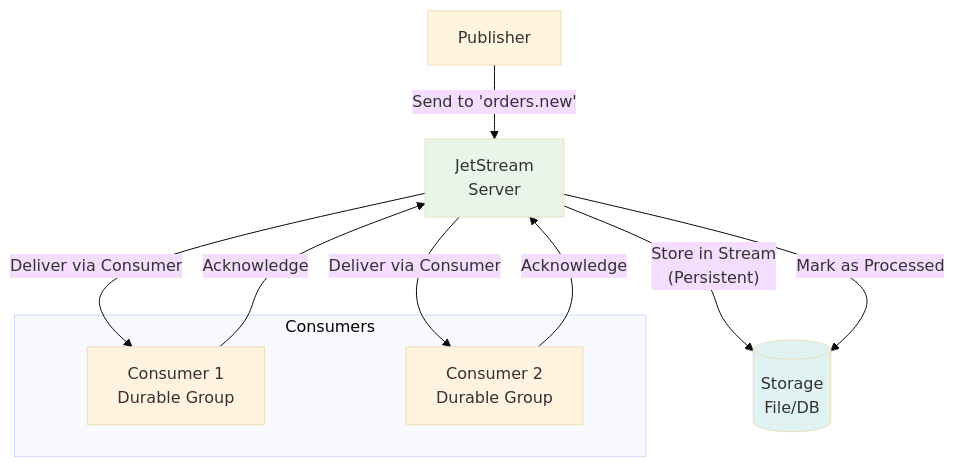
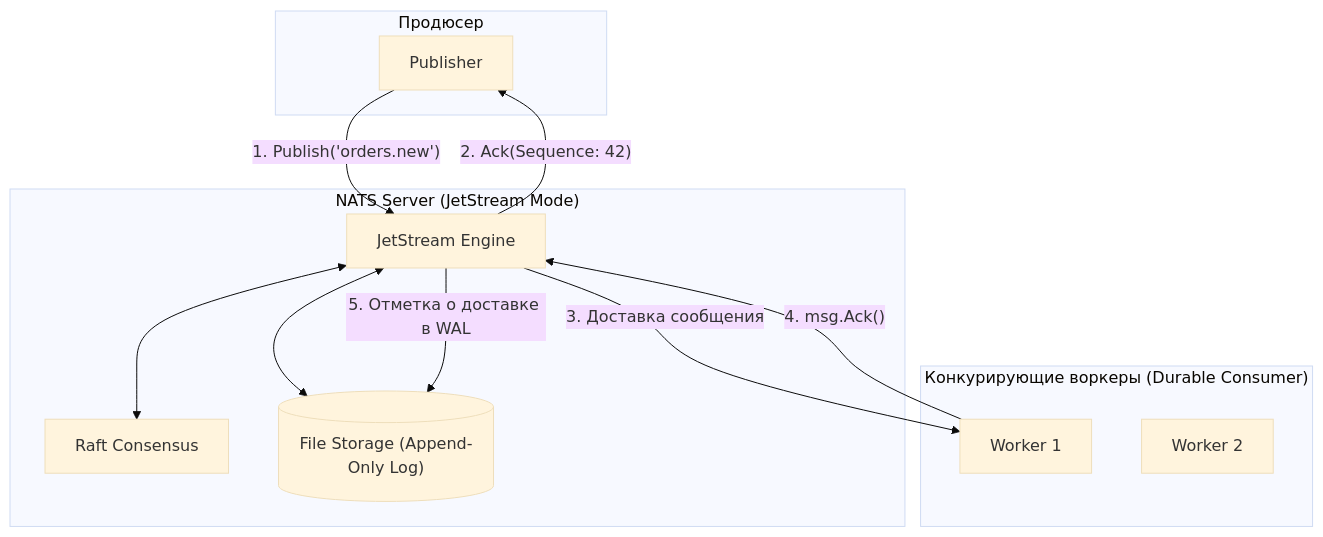
Before and after one commit to UnrealTemplier/go-textbook: the second of 2 diagrams in sources/13. Очереди, брокеры сообщений и оркестраторы/04. NATS/2. Core NATS vs JetStream.md, drawn with Mermaid (base theme). The commit also changed other lines of this file, not shown here.

Commit message:
feat(module-13): editorial rewrite of lecture 2 in Subsection 4 (NATS) in Kernighan style

````diff
--- a/sources/13. Очереди, брокеры сообщений и оркестраторы/04. NATS/2. Core NATS vs JetStream.md
+++ b/sources/13. Очереди, брокеры сообщений и оркестраторы/04. NATS/2. Core NATS vs JetStream.md
@@ -91,22 +125,25 @@
 ```mermaid
-graph TB
-    P["Publisher"] -->|"Send to 'orders.new'"| JS["JetStream<br>Server"]
-    JS -->|"Store in Stream<br>(Persistent)"| DB[("Storage<br>File/DB")]
-    
-    subgraph "Consumers"
-        C1["Consumer 1<br>Durable Group"] 
-        C2["Consumer 2<br>Durable Group"]
+flowchart TD
+    subgraph PublisherSub["Продюсер"]
+        P["Publisher"]
     end
-    
-    JS -->|"Deliver via Consumer"| C1
-    JS -->|"Deliver via Consumer"| C2
-    
-    C1 -->|"Acknowledge"| JS
-    C2 -->|"Acknowledge"| JS
-    JS -->|"Mark as Processed"| DB
-    
-    style JS fill:#e8f5e8
-    style DB fill:#e0f2f1
-    style C1 fill:#fff3e0
-    style C2 fill:#fff3e0
+
+    subgraph JetStreamServer["NATS Server (JetStream Mode)"]
+        JS["JetStream Engine"]
+        Raft["Raft Consensus"]
+        WAL[("File Storage (Append-Only Log)")]
+        JS <--> Raft
+        JS <--> WAL
+    end
+
+    subgraph WorkersGroup["Конкурирующие воркеры (Durable Consumer)"]
+        C1["Worker 1"]
+        C2["Worker 2"]
+    end
+
+    P -->|"1. Publish('orders.new')"| JS
+    JS -->|"2. Ack(Sequence: 42)"| P
+    JS -->|"3. Доставка сообщения"| C1
+    C1 -->|"4. msg.Ack()"| JS
+    JS -->|"5. Отметка о доставке в WAL"| WAL
 ```
````
